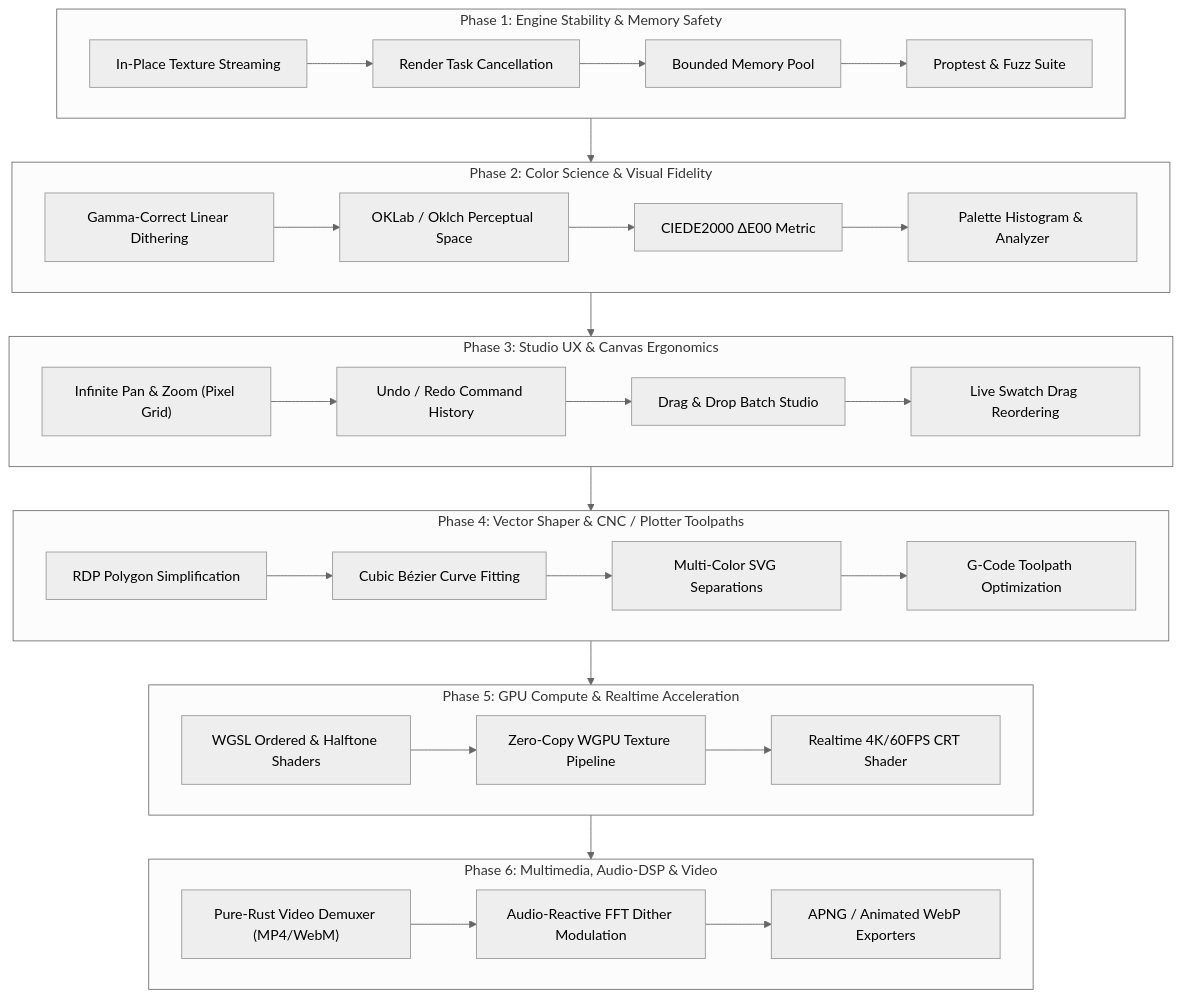
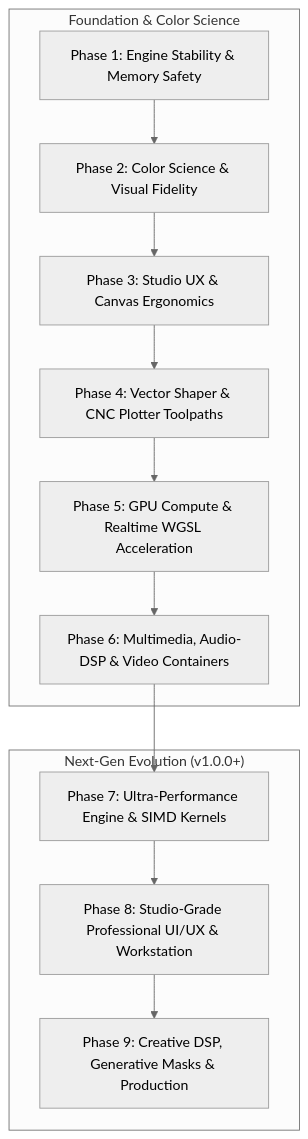
Before and after one commit to shahil-sk/dithercraft: the diagram in docs/roadmap.md, drawn with Mermaid (neutral theme). The commit also changed other lines of this file, not shown here.

First line of the commit message:
docs(roadmap): update strategic roadmap with Phases 7-9 for SIMD performance, professional UI/UX, and creative DSP

````diff
--- a/docs/roadmap.md
+++ b/docs/roadmap.md
@@ -7,38 +14,16 @@
 ```mermaid
 flowchart TD
-    subgraph S1["Phase 1: Engine Stability & Memory Safety"]
-        A1["In-Place Texture Streaming"] --> A2["Render Task Cancellation"]
-        A2 --> A3["Bounded Memory Pool"]
-        A3 --> A4["Proptest & Fuzz Suite"]
+    subgraph CoreFoundations["Foundation & Color Science"]
+        S1["Phase 1: Engine Stability & Memory Safety"] --> S2["Phase 2: Color Science & Visual Fidelity"]
+        S2 --> S3["Phase 3: Studio UX & Canvas Ergonomics"]
+        S3 --> S4["Phase 4: Vector Shaper & CNC Plotter Toolpaths"]
+        S4 --> S5["Phase 5: GPU Compute & Realtime WGSL Acceleration"]
+        S5 --> S6["Phase 6: Multimedia, Audio-DSP & Video Containers"]
     end
 
-    subgraph S2["Phase 2: Color Science & Visual Fidelity"]
-        B1["Gamma-Correct Linear Dithering"] --> B2["OKLab / Oklch Perceptual Space"]
-        B2 --> B3["CIEDE2000 ΔE00 Metric"]
-        B3 --> B4["Palette Histogram & Analyzer"]
+    subgraph FutureEvolution["Next-Gen Evolution (v1.0.0+)"]
+        S6 --> S7["Phase 7: Ultra-Performance Engine & SIMD Kernels"]
+        S7 --> S8["Phase 8: Studio-Grade Professional UI/UX & Workstation"]
+        S8 --> S9["Phase 9: Creative DSP, Generative Masks & Production"]
     end
-
-    subgraph S3["Phase 3: Studio UX & Canvas Ergonomics"]
-        C1["Infinite Pan & Zoom (Pixel Grid)"] --> C2["Undo / Redo Command History"]
-        C2 --> C3["Drag & Drop Batch Studio"]
-        C3 --> C4["Live Swatch Drag Reordering"]
-    end
-
-    subgraph S4["Phase 4: Vector Shaper & CNC / Plotter Toolpaths"]
-        D1["RDP Polygon Simplification"] --> D2["Cubic Bézier Curve Fitting"]
-        D2 --> D3["Multi-Color SVG Separations"]
-        D3 --> D4["G-Code Toolpath Optimization"]
-    end
-
-    subgraph S5["Phase 5: GPU Compute & Realtime Acceleration"]
-        E1["WGSL Ordered & Halftone Shaders"] --> E2["Zero-Copy WGPU Texture Pipeline"]
-        E2 --> E3["Realtime 4K/60FPS CRT Shader"]
-    end
-
-    subgraph S6["Phase 6: Multimedia, Audio-DSP & Video"]
-        F1["Pure-Rust Video Demuxer (MP4/WebM)"] --> F2["Audio-Reactive FFT Dither Modulation"]
-        F2 --> F3["APNG / Animated WebP Exporters"]
-    end
-
-    S1 --> S2 --> S3 --> S4 --> S5 --> S6
 ```
````
